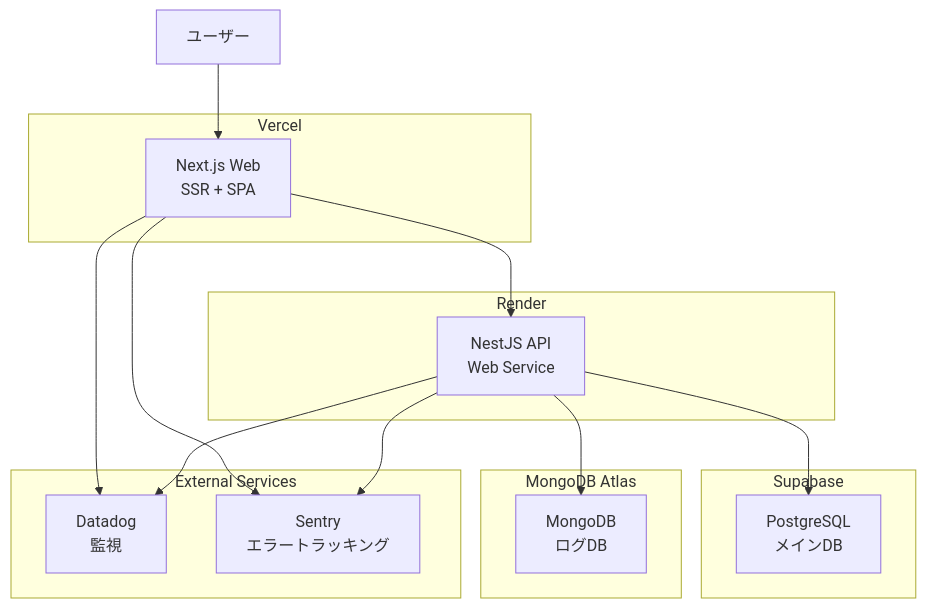
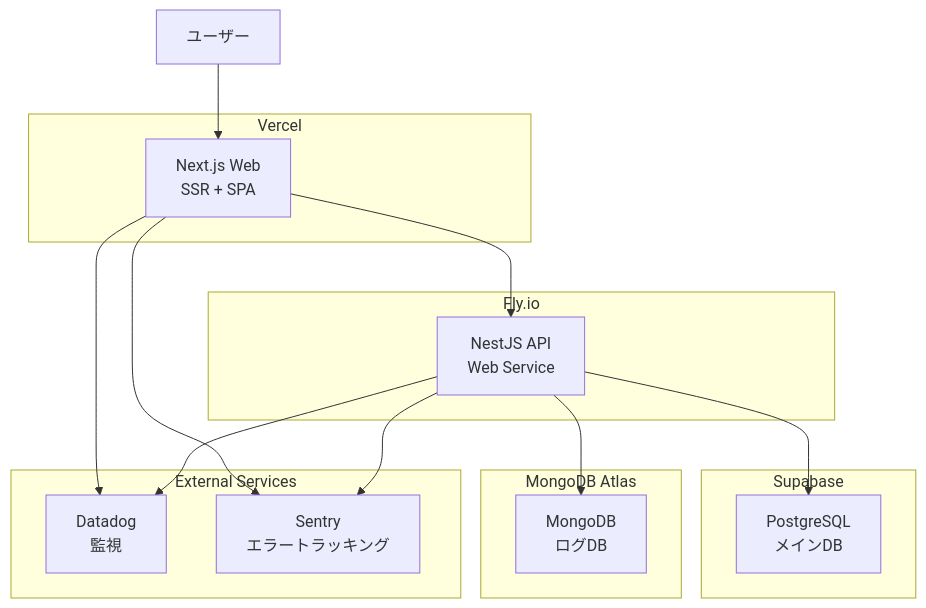
The first of 3 diagrams in docs/spec/docs/06-インフラ設計/03-production-pre-commercial.md (Hitamuki/bookmark-manager-app), drawn with Mermaid before and after one commit. The commit also changed other lines of this file and 4 other files, not shown here.

````diff
--- a/docs/spec/docs/06-インフラ設計/03-production-pre-commercial.md
+++ b/docs/spec/docs/06-インフラ設計/03-production-pre-commercial.md
@@ -9,35 +9,35 @@
 ```mermaid
 graph TD
     U[ユーザー]
 
     subgraph "Vercel"
         VWeb[Next.js Web<br>SSR + SPA]
     end
 
-    subgraph "Render"
-        RAPI[NestJS API<br>Web Service]
+    subgraph "Fly.io"
+        FAPI[NestJS API<br>Web Service]
     end
 
     subgraph "Supabase"
         SPG[PostgreSQL<br>メインDB]
     end
 
     subgraph "MongoDB Atlas"
         MA[MongoDB<br>ログDB]
     end
 
     subgraph "External Services"
         DD[Datadog<br>監視]
         SN[Sentry<br>エラートラッキング]
     end
 
     U --> VWeb
-    VWeb --> RAPI
-    RAPI --> SPG
-    RAPI --> MA
+    VWeb --> FAPI
+    FAPI --> SPG
+    FAPI --> MA
 
     VWeb --> DD
-    RAPI --> DD
+    FAPI --> DD
     VWeb --> SN
-    RAPI --> SN
+    FAPI --> SN
 ```
````
